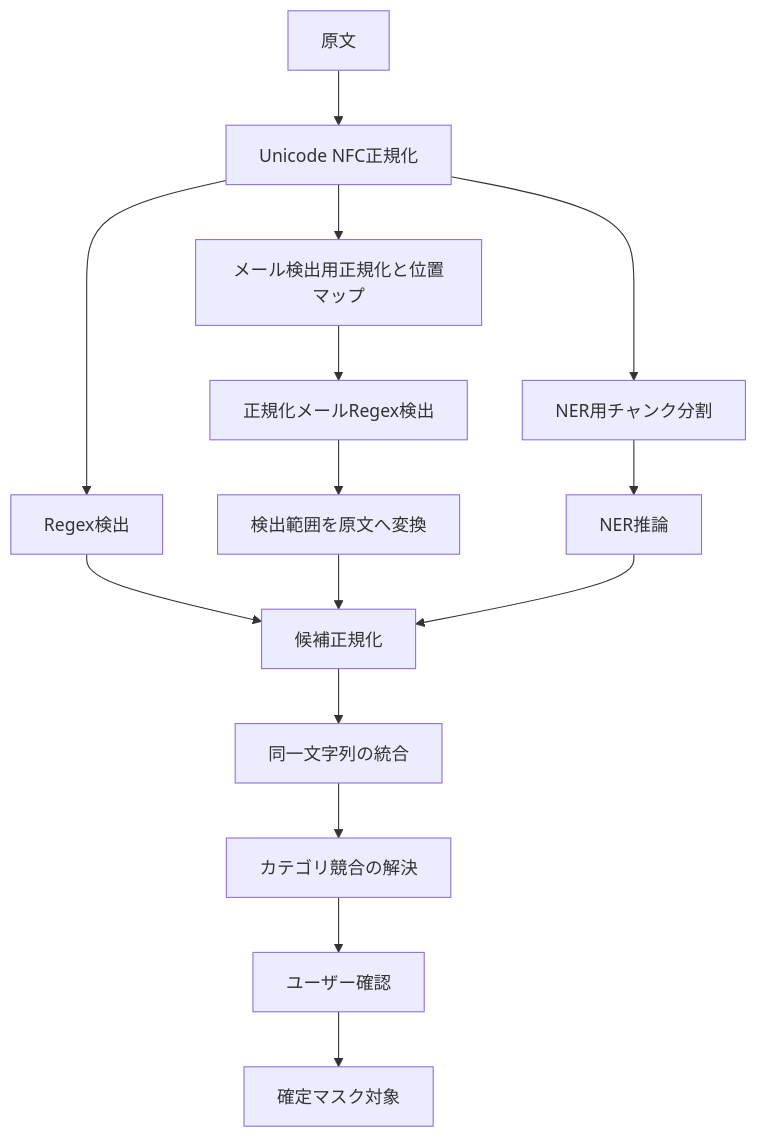
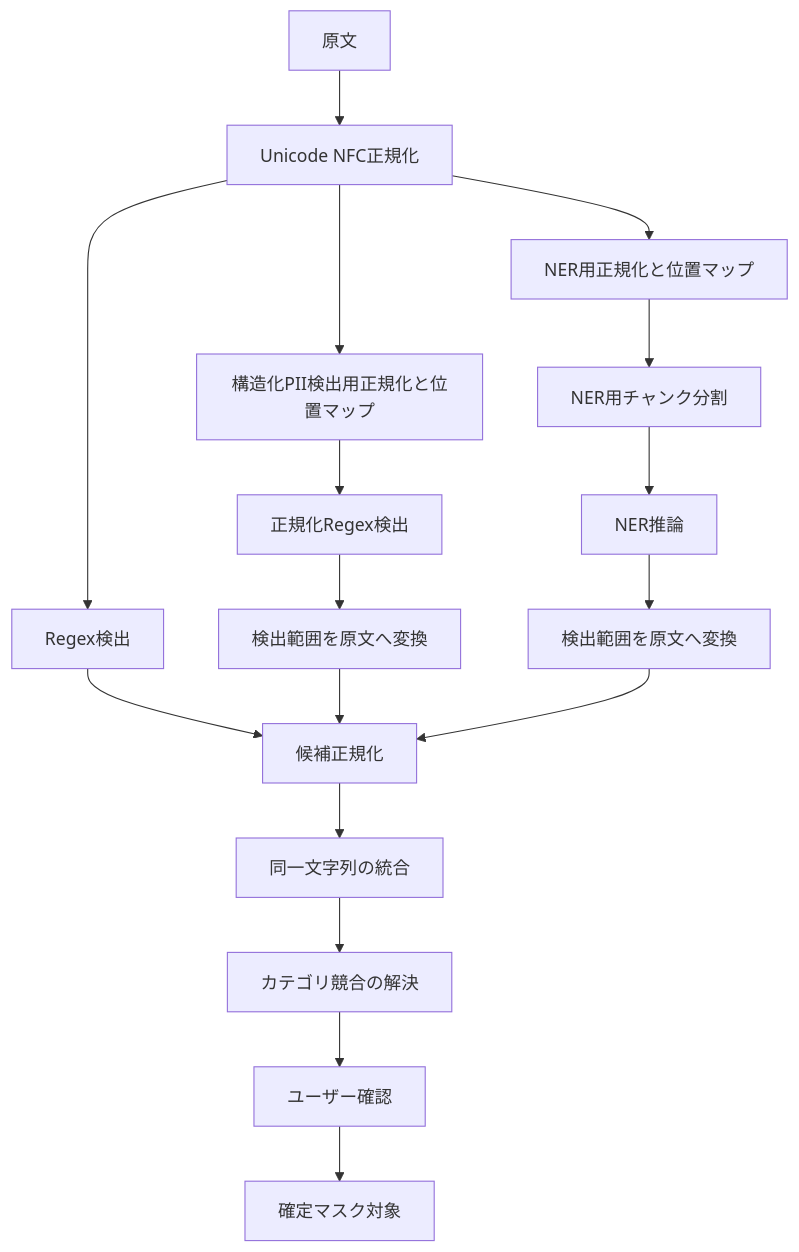
One commit to Bamboosato/local-pii-masker changed the third of 5 diagrams in docs/architecture.md. Above: the diagram before and after it, drawn with Mermaid. The commit also changed other lines of this file and 32 other files, not shown here.

````diff
--- a/docs/architecture.md
+++ b/docs/architecture.md
@@ -281,17 +281,19 @@
 ```mermaid
 flowchart TD
     A[原文] --> B[Unicode NFC正規化]
     B --> C[Regex検出]
-    B --> K[メール検出用正規化と位置マップ]
-    K --> L[正規化メールRegex検出]
+    B --> K[構造化PII検出用正規化と位置マップ]
+    K --> L[正規化Regex検出]
     L --> M[検出範囲を原文へ変換]
-    B --> D[NER用チャンク分割]
+    B --> N[NER用正規化と位置マップ]
+    N --> D[NER用チャンク分割]
     D --> E[NER推論]
+    E --> O[検出範囲を原文へ変換]
     C --> F[候補正規化]
     M --> F
-    E --> F
+    O --> F
     F --> G[同一文字列の統合]
     G --> H[カテゴリ競合の解決]
     H --> I[ユーザー確認]
     I --> J[確定マスク対象]
 ```
````
